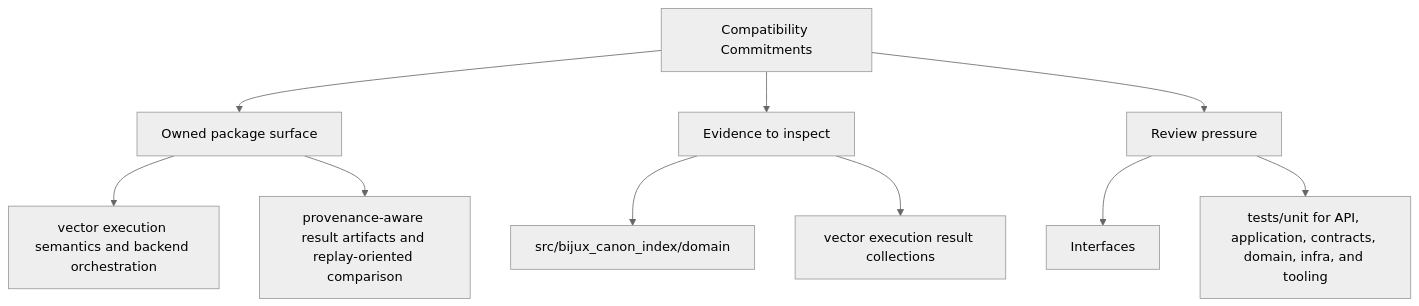
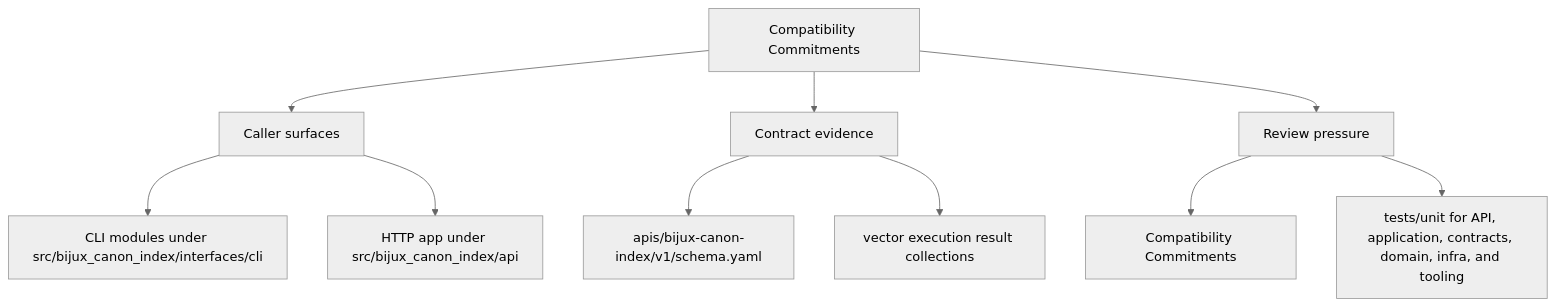
Before and after one commit to bijux/bijux-canon: the second of 2 diagrams in docs/bijux-canon-index/interfaces/compatibility-commitments.md, drawn with Mermaid (neutral theme). The commit also changed other lines of this file and 250 other files, not shown here.

Commit message:
docs(diagrams): make product page maps more readable

````diff
--- a/docs/bijux-canon-index/interfaces/compatibility-commitments.md
+++ b/docs/bijux-canon-index/interfaces/compatibility-commitments.md
@@ -35,22 +35,22 @@
 ```mermaid
 flowchart TD
     page["Compatibility Commitments"]
-    focus1["Owned package surface"]
+    focus1["Caller surfaces"]
     page --> focus1
-    focus1_1["vector execution semantics and backend orchestration"]
+    focus1_1["CLI modules under src/bijux_canon_index/interfaces/cli"]
     focus1 --> focus1_1
-    focus1_2["provenance-aware result artifacts and replay-oriented comparison"]
+    focus1_2["HTTP app under src/bijux_canon_index/api"]
     focus1 --> focus1_2
-    focus2["Evidence to inspect"]
+    focus2["Contract evidence"]
     page --> focus2
-    focus2_1["src/bijux_canon_index/domain"]
+    focus2_1["apis/bijux-canon-index/v1/schema.yaml"]
     focus2 --> focus2_1
     focus2_2["vector execution result collections"]
     focus2 --> focus2_2
     focus3["Review pressure"]
     page --> focus3
-    focus3_1["Interfaces"]
+    focus3_1["Compatibility Commitments"]
     focus3 --> focus3_1
     focus3_2["tests/unit for API, application, contracts, domain, infra, and tooling"]
     focus3 --> focus3_2
 ```
````
